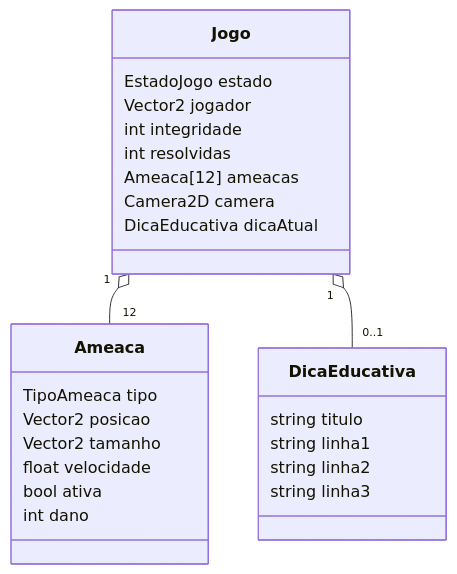
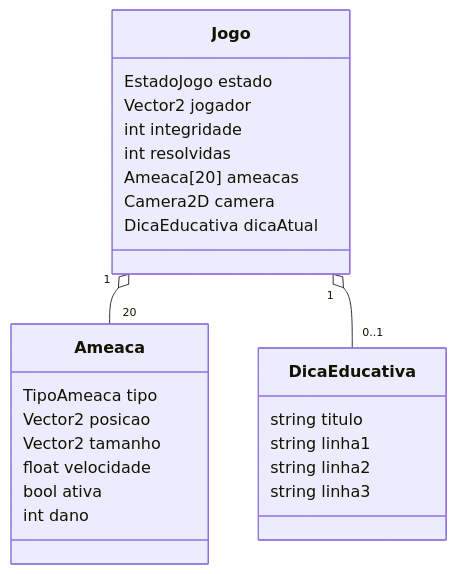
The third of 5 diagrams in docs/architecture/arquitetura.md (Felipe-tech30/missao-cibersegura-df), drawn with Mermaid before and after one commit. The commit also changed other lines of this file and 16 other files, not shown here.

````diff
--- a/docs/architecture/arquitetura.md
+++ b/docs/architecture/arquitetura.md
@@ -56,28 +56,28 @@
 ```mermaid
 classDiagram
     class Jogo {
       EstadoJogo estado
       Vector2 jogador
       int integridade
       int resolvidas
-      Ameaca[12] ameacas
+      Ameaca[20] ameacas
       Camera2D camera
       DicaEducativa dicaAtual
     }
     class Ameaca {
       TipoAmeaca tipo
       Vector2 posicao
       Vector2 tamanho
       float velocidade
       bool ativa
       int dano
     }
     class DicaEducativa {
       string titulo
       string linha1
       string linha2
       string linha3
     }
-    Jogo "1" o-- "12" Ameaca
+    Jogo "1" o-- "20" Ameaca
     Jogo "1" o-- "0..1" DicaEducativa
 ```
````
